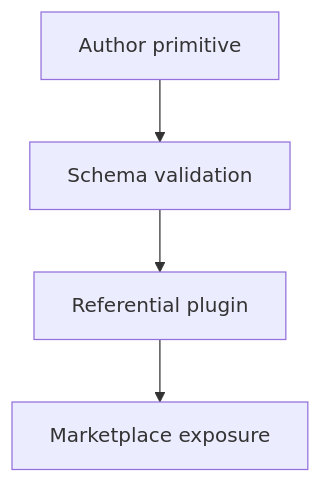
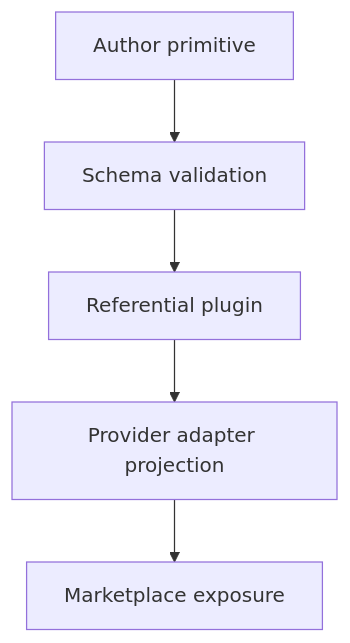
One commit to amichne/intelligence changed the diagram in docs/how-it-works/source-graph.md. Above: the diagram before and after it, drawn with Mermaid. The commit also changed other lines of this file and 87 other files, not shown here.

````diff
--- a/docs/how-it-works/source-graph.md
+++ b/docs/how-it-works/source-graph.md
@@ -26,9 +26,10 @@
 ```mermaid
 flowchart TD
   author[Author primitive]
   validate[Schema validation]
   compose[Referential plugin]
+  adapt[Provider adapter projection]
   publish[Marketplace exposure]
 
-  author --> validate --> compose --> publish
+  author --> validate --> compose --> adapt --> publish
 ```
````
